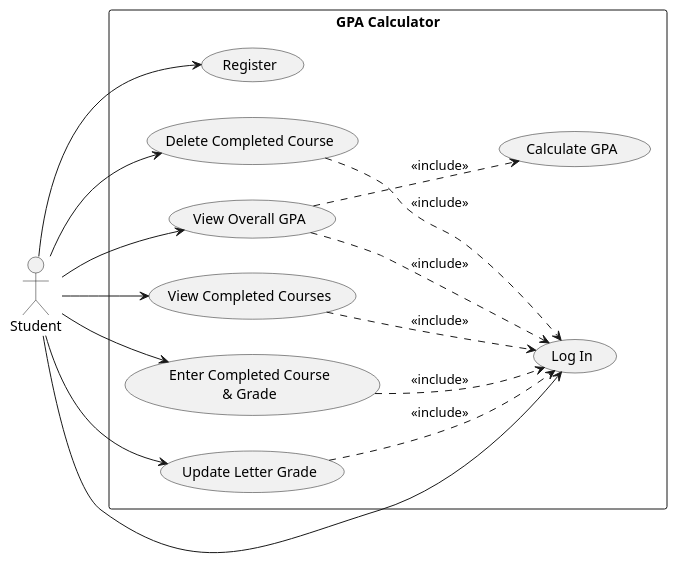
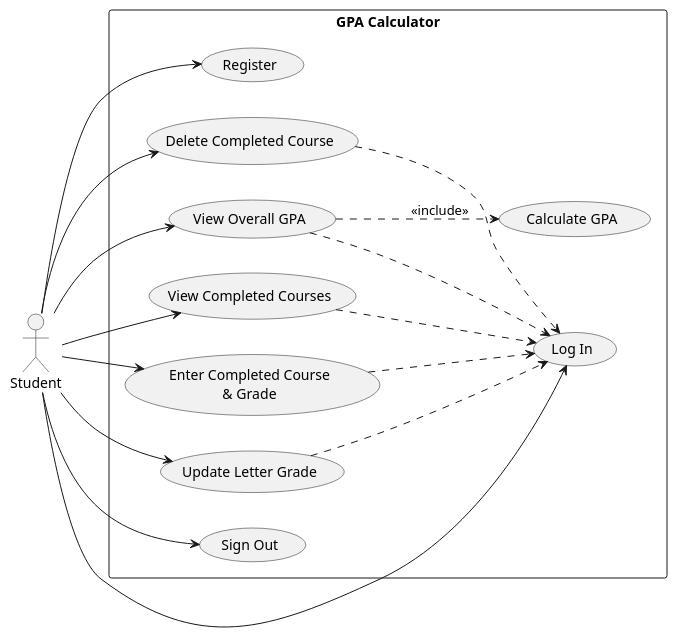
Before and after one commit to Barlos1233/26FCS3250-002-prj-1: the diagram in uml/use_case.wsd, drawn with PlantUML.

Commit message:
Update use case diagram

```diff
--- a/uml/use_case.wsd
+++ b/uml/use_case.wsd
@@ -1,33 +1,35 @@
 @startuml use_case
 left to right direction
 
 actor Student
 
 rectangle "GPA Calculator" {
   usecase "Register" as UC1
   usecase "Log In" as UC2
   usecase "Enter Completed Course\n& Grade" as UC3
   usecase "View Completed Courses" as UC4
   usecase "View Overall GPA" as UC5
   usecase "Update Letter Grade" as UC6
   usecase "Delete Completed Course" as UC7
   usecase "Calculate GPA" as UC8
+  usecase "Sign Out" as UC9
 }
 
 Student --> UC1
 Student --> UC2
 Student --> UC3
 Student --> UC4
 Student --> UC5
 Student --> UC6
 Student --> UC7
+Student --> UC9
 
-UC3 ..> UC2 : <<include>>
-UC4 ..> UC2 : <<include>>
-UC5 ..> UC2 : <<include>>
-UC6 ..> UC2 : <<include>>
-UC7 ..> UC2 : <<include>>
+UC3 ..> UC2 
+UC4 ..> UC2  
+UC5 ..> UC2  
+UC6 ..> UC2 
+UC7 ..> UC2 
 
 UC5 ..> UC8 : <<include>>
 
 @enduml
```
